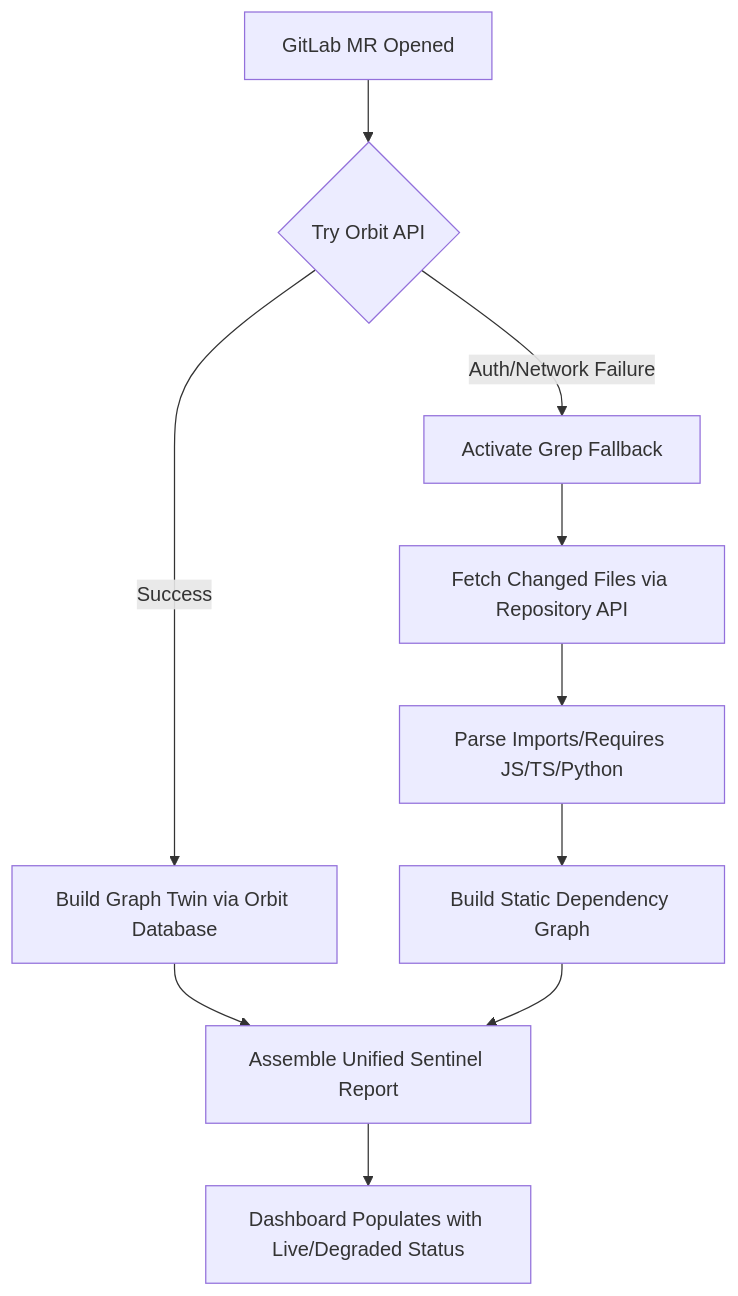
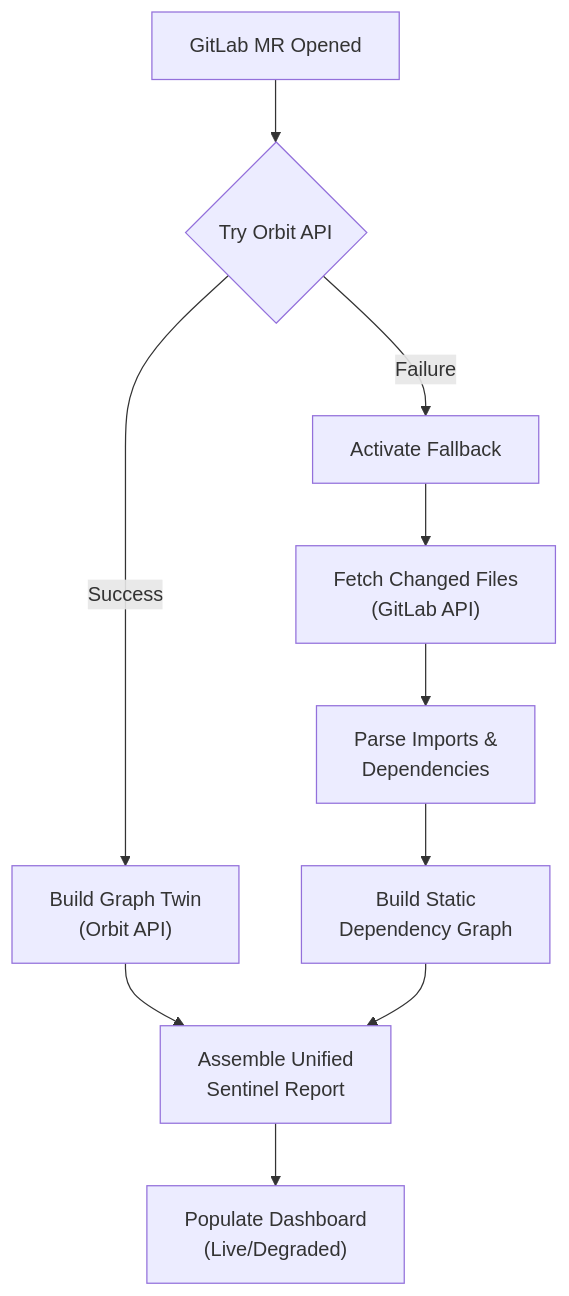
One commit to dgboy-ai/orbit-sentinel changed the diagram in README.md. Above: the diagram before and after it, drawn with Mermaid.

Commit message:
docs: adjust Mermaid labels to prevent rendering text truncation

````diff
--- a/README.md
+++ b/README.md
@@ -131,12 +131,12 @@
 ```mermaid
 graph TD
-    A[GitLab MR Opened] --> B{Try Orbit API}
-    B -- Success --> C[Build Graph Twin via Orbit Database]
-    B -- Auth/Network Failure --> D[Activate Grep Fallback]
-    D --> E[Fetch Changed Files via Repository API]
-    E --> F[Parse Imports/Requires JS/TS/Python]
-    F --> G[Build Static Dependency Graph]
-    C --> H[Assemble Unified Sentinel Report]
+    A["GitLab MR Opened"] --> B{"Try Orbit API"}
+    B -- Success --> C["Build Graph Twin<br>(Orbit API)"]
+    B -- Failure --> D["Activate Fallback"]
+    D --> E["Fetch Changed Files<br>(GitLab API)"]
+    E --> F["Parse Imports &<br>Dependencies"]
+    F --> G["Build Static<br>Dependency Graph"]
+    C --> H["Assemble Unified<br>Sentinel Report"]
     G --> H
-    H --> I[Dashboard Populates with Live/Degraded Status]
+    H --> I["Populate Dashboard<br>(Live/Degraded)"]
 ```
````
